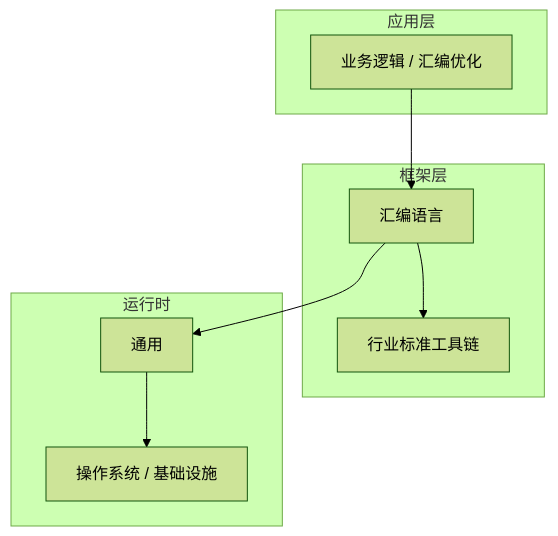
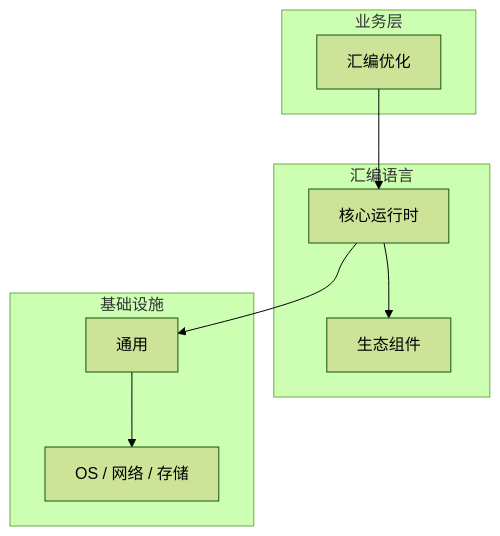
One commit to yanggan2015/knowledge-json-v2 changed the diagram in articles/汇编语言/chapters/073-汇编优化核心概念与原理.md. Above: the diagram before and after it, drawn with Mermaid (forest theme). The commit also changed other lines of this file and 10127 other files, not shown here.

````diff
--- a/articles/汇编语言/chapters/073-汇编优化核心概念与原理.md
+++ b/articles/汇编语言/chapters/073-汇编优化核心概念与原理.md
@@ -45,18 +34,18 @@
 ```mermaid
 graph TB
-    subgraph 应用层
-        A[业务逻辑 / 汇编优化]
+    subgraph 业务层
+        A[汇编优化]
     end
-    subgraph 框架层
-        B[汇编语言]
-        C[行业标准工具链]
+    subgraph 汇编语言
+        B[核心运行时]
+        C[生态组件]
     end
-    subgraph 运行时
+    subgraph 基础设施
         D[通用]
-        E[操作系统 / 基础设施]
+        E[OS / 网络 / 存储]
     end
     A --> B
     B --> C
     B --> D
     D --> E
 ```
````
